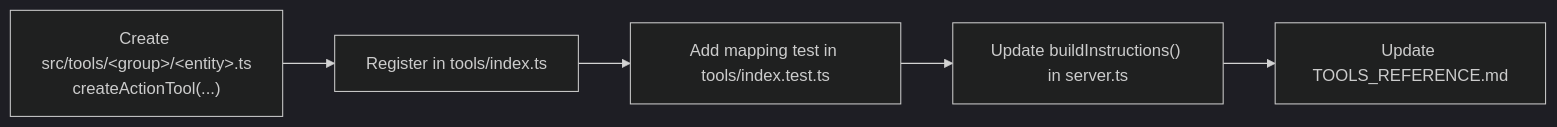
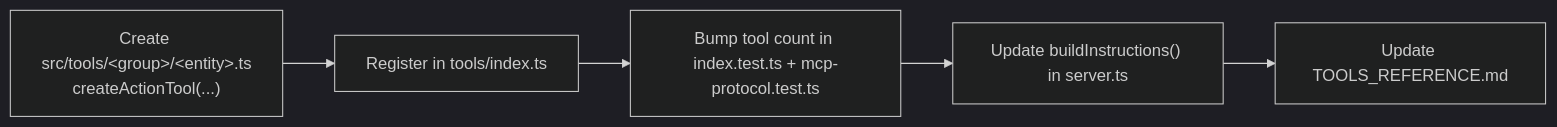
The third of 5 diagrams in docs/en/DEVELOPER_GUIDE.md (kostikpenzin/mcp_b24), drawn with Mermaid (dark theme) before and after one commit. The commit also changed other lines of this file and 53 other files, not shown here.

First line of the commit message:
release: mcp-b24 v0.3.0 — full Bitrix24 API coverage (41 tools, ~870 actions)

````diff
--- a/docs/en/DEVELOPER_GUIDE.md
+++ b/docs/en/DEVELOPER_GUIDE.md
@@ -59,7 +59,7 @@
 ```mermaid
 flowchart LR
     A["Create src/tools/&lt;group&gt;/&lt;entity&gt;.ts<br/>createActionTool(...)"] --> B["Register in tools/index.ts"]
-    B --> C["Add mapping test in tools/index.test.ts"]
+    B --> C["Bump tool count in index.test.ts + mcp-protocol.test.ts"]
     C --> D["Update buildInstructions() in server.ts"]
     D --> E["Update TOOLS_REFERENCE.md"]
 ```
````
